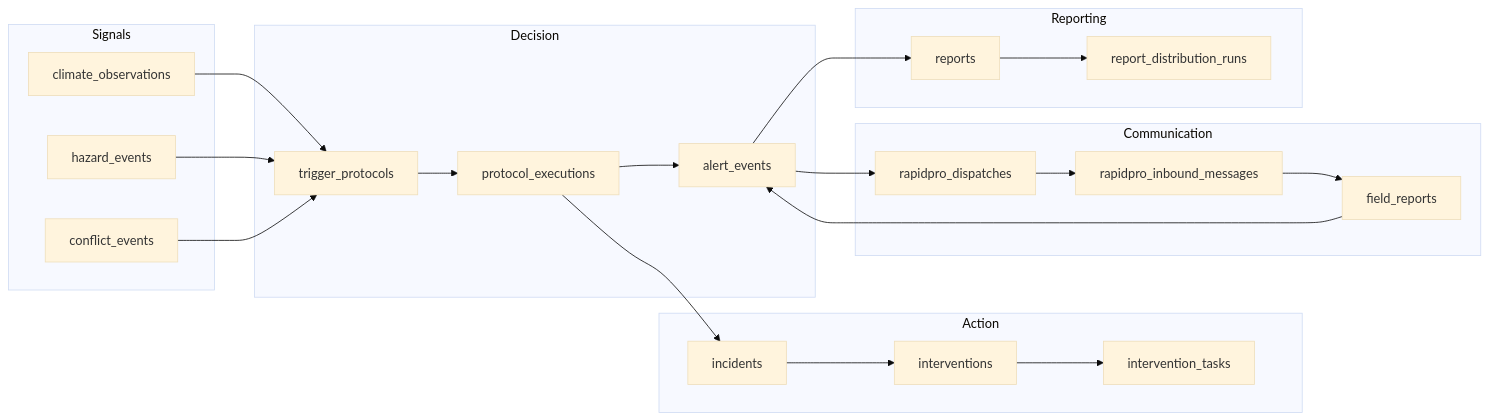
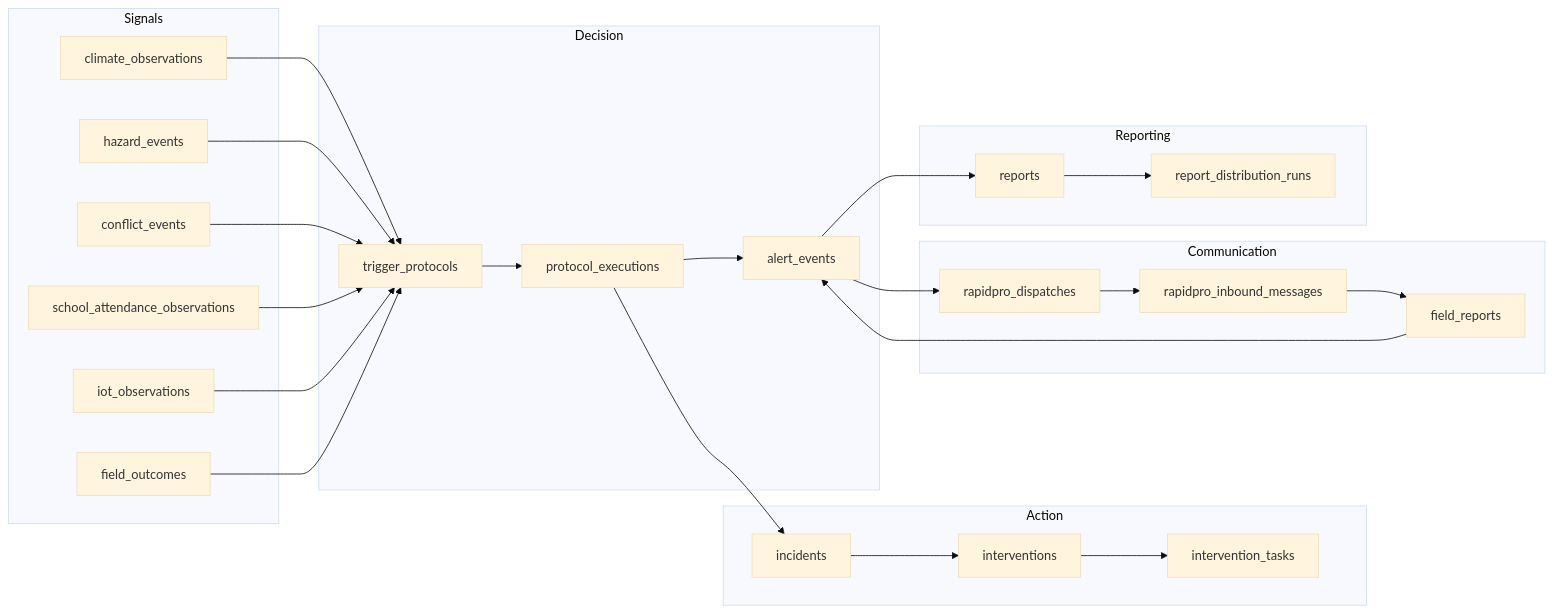
The second of 2 diagrams in README.md (nyimbi/lindela-lite), drawn with Mermaid (base theme) before and after one commit. The commit also changed other lines of this file, not shown here.

````diff
--- a/README.md
+++ b/README.md
@@ -108,46 +108,52 @@
 ```mermaid
 flowchart LR
     subgraph S[Signals]
         CO[climate_observations]
         HE[hazard_events]
         CE[conflict_events]
+        SA[school_attendance_observations]
+        IO[iot_observations]
+        FO[field_outcomes]
     end
 
     subgraph D[Decision]
         TP[trigger_protocols]
         AE[alert_events]
         PE[protocol_executions]
     end
 
     subgraph A[Action]
         IN[incidents]
         IV[interventions]
         IT[intervention_tasks]
     end
 
     subgraph C[Communication]
         RD[rapidpro_dispatches]
         RI[rapidpro_inbound_messages]
         FR[field_reports]
     end
 
     subgraph R[Reporting]
         RP[reports]
         RDR[report_distribution_runs]
     end
 
     CO --> TP
     HE --> TP
     CE --> TP
+    SA --> TP
+    IO --> TP
+    FO --> TP
     TP --> PE
     PE --> AE
     AE --> RD
     PE --> IN
     IN --> IV
     IV --> IT
     RD --> RI
     RI --> FR
     FR --> AE
     AE --> RP
     RP --> RDR
 ```
````
